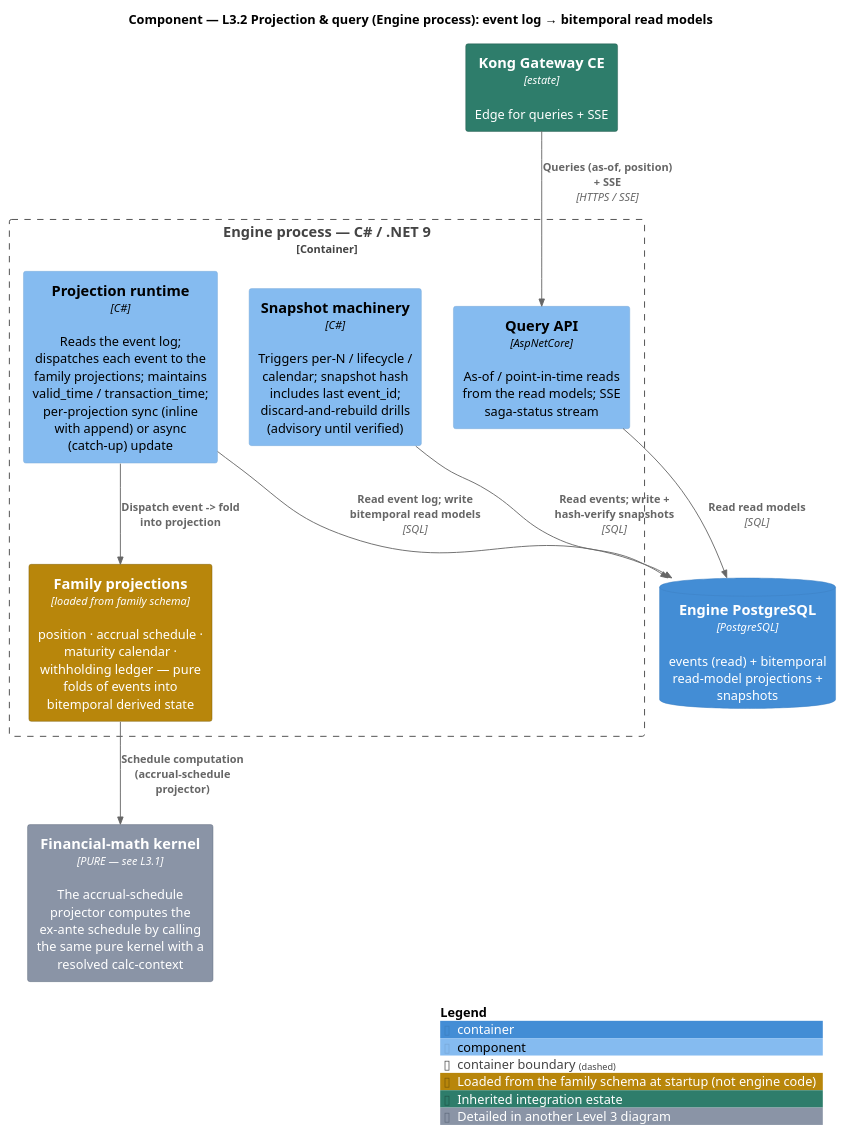
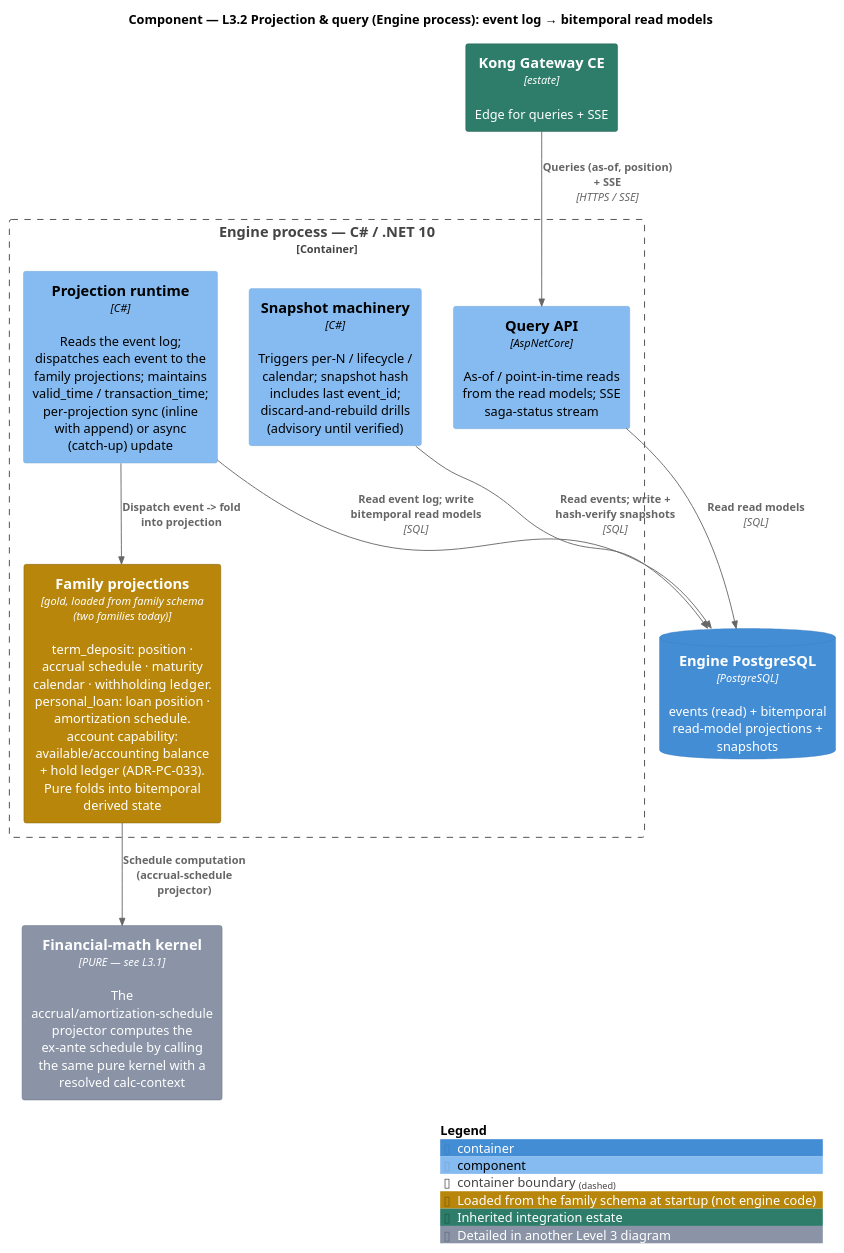
One commit to jhosm/archie changed the diagram in docs/product-management/product_concepts/diagrams/c4-l3-projection-query.puml. Above: the diagram before and after it, drawn with PlantUML. The commit also changed 21 other files, not shown here.

```diff
--- a/docs/product-management/product_concepts/diagrams/c4-l3-projection-query.puml
+++ b/docs/product-management/product_concepts/diagrams/c4-l3-projection-query.puml
@@ -1,33 +1,33 @@
 @startuml c4-l3-projection-query
 ' Source of truth for Level 3.2 in ../feature-design-c4-architecture.md.
 ' Regenerate: plantuml -tsvg <this file>
 !include <C4/C4_Component>
 ' Remote fallback: !include https://raw.githubusercontent.com/plantuml-stdlib/C4-PlantUML/master/C4_Component.puml
 
 AddElementTag("family", $bgColor="#B8860B", $fontColor="#FFFFFF", $borderColor="#7A5B08", $legendText="Loaded from the family schema at startup (not engine code)")
 AddElementTag("estate", $bgColor="#2E7D6B", $fontColor="#FFFFFF", $borderColor="#1F5749", $legendText="Inherited integration estate")
 AddElementTag("ref", $bgColor="#8A94A6", $fontColor="#FFFFFF", $borderColor="#5F6A7D", $legendText="Detailed in another Level 3 diagram")
 
 title Component — L3.2 Projection & query (Engine process): event log → bitemporal read models
 
 Container(kong, "Kong Gateway CE", "estate", "Edge for queries + SSE", $tags="estate")
 
-Container_Boundary(engine, "Engine process — C# / .NET 9") {
+Container_Boundary(engine, "Engine process — C# / .NET 10") {
   Component(projrt, "Projection runtime", "C#", "Reads the event log; dispatches each event to the family projections; maintains valid_time / transaction_time; per-projection sync (inline with append) or async (catch-up) update")
-  Component(projectors, "Family projections", "loaded from family schema", "position · accrual schedule · maturity calendar · withholding ledger — pure folds of events into bitemporal derived state", $tags="family")
+  Component(projectors, "Family projections", "gold, loaded from family schema (two families today)", "term_deposit: position · accrual schedule · maturity calendar · withholding ledger. personal_loan: loan position · amortization schedule. account capability: available/accounting balance + hold ledger (ADR-PC-033). Pure folds into bitemporal derived state", $tags="family")
   Component(snap, "Snapshot machinery", "C#", "Triggers per-N / lifecycle / calendar; snapshot hash includes last event_id; discard-and-rebuild drills (advisory until verified)")
   Component(queryapi, "Query API", "AspNetCore", "As-of / point-in-time reads from the read models; SSE saga-status stream")
 }
 
-Component(kernel, "Financial-math kernel", "PURE — see L3.1", "The accrual-schedule projector computes the ex-ante schedule by calling the same pure kernel with a resolved calc-context", $tags="ref")
+Component(kernel, "Financial-math kernel", "PURE — see L3.1", "The accrual/amortization-schedule projector computes the ex-ante schedule by calling the same pure kernel with a resolved calc-context", $tags="ref")
 ContainerDb(pg, "Engine PostgreSQL", "PostgreSQL", "events (read) + bitemporal read-model projections + snapshots")
 
 Rel(kong, queryapi, "Queries (as-of, position) + SSE", "HTTPS / SSE")
 Rel(projrt, pg, "Read event log; write bitemporal read models", "SQL")
 Rel(projrt, projectors, "Dispatch event -> fold into projection")
 Rel(projectors, kernel, "Schedule computation (accrual-schedule projector)")
 Rel(snap, pg, "Read events; write + hash-verify snapshots", "SQL")
 Rel(queryapi, pg, "Read read models", "SQL")
 
 SHOW_LEGEND()
 @enduml
```
